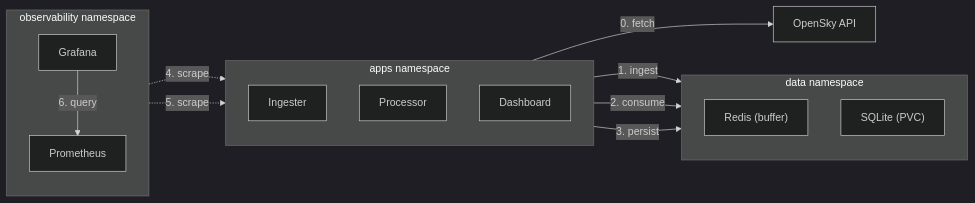
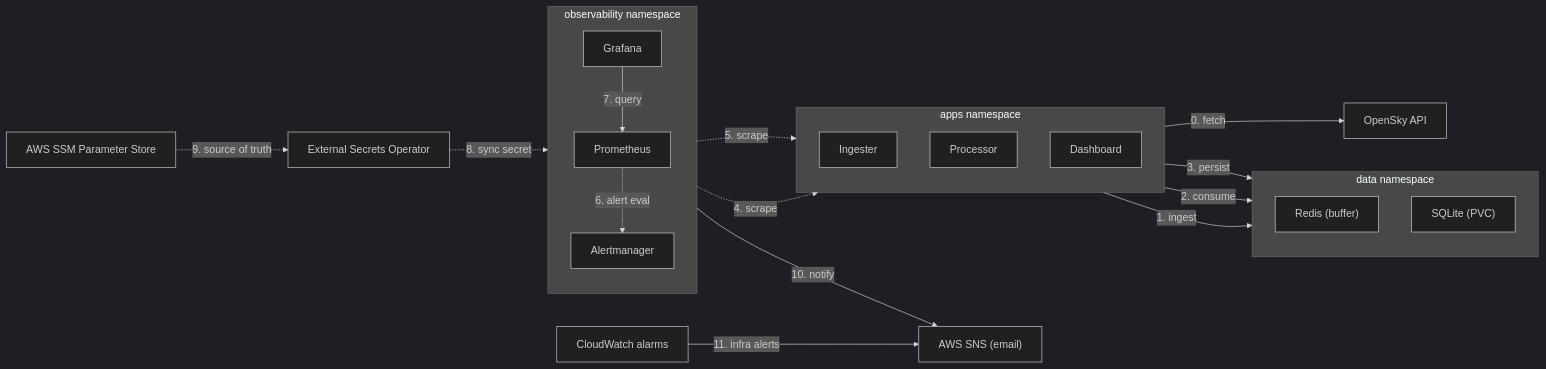
One commit to ClementV78/CloudRadar changed the third of 3 diagrams in docs/architecture/infrastructure.md. Above: the diagram before and after it, drawn with Mermaid (dark theme). The commit also changed other lines of this file and 3 other files, not shown here.

````diff
--- a/docs/architecture/infrastructure.md
+++ b/docs/architecture/infrastructure.md
@@ -110,32 +110,42 @@
 ```mermaid
 flowchart LR
   subgraph Data["data namespace"]
     direction TB
     redis["Redis (buffer)"]
     sqlite["SQLite (PVC)"]
   end
 
   subgraph Apps["apps namespace"]
     direction TB
     ingester["Ingester"]
     processor["Processor"]
     dashboard["Dashboard"]
   end
 
   subgraph Obs["observability namespace"]
     direction TB
     prom["Prometheus"]
+    am["Alertmanager"]
     graf["Grafana"]
   end
+  eso["External Secrets Operator"]
+  ssm["AWS SSM Parameter Store"]
+  sns["AWS SNS (email)"]
+  cw["CloudWatch alarms"]
 
   opensky["OpenSky API"]
 
   ingester -- "0. fetch" --> opensky
   ingester -- "1. ingest" --> redis
   processor -- "2. consume" --> redis
   processor -- "3. persist" --> sqlite
 
   prom -. "4. scrape" .-> ingester
   prom -. "5. scrape" .-> processor
-  graf -- "6. query" --> prom
+  prom -. "6. alert eval" .-> am
+  graf -- "7. query" --> prom
+  eso -. "8. sync secret" .-> am
+  ssm -. "9. source of truth" .-> eso
+  am -- "10. notify" --> sns
+  cw -- "11. infra alerts" --> sns
 ```
````
